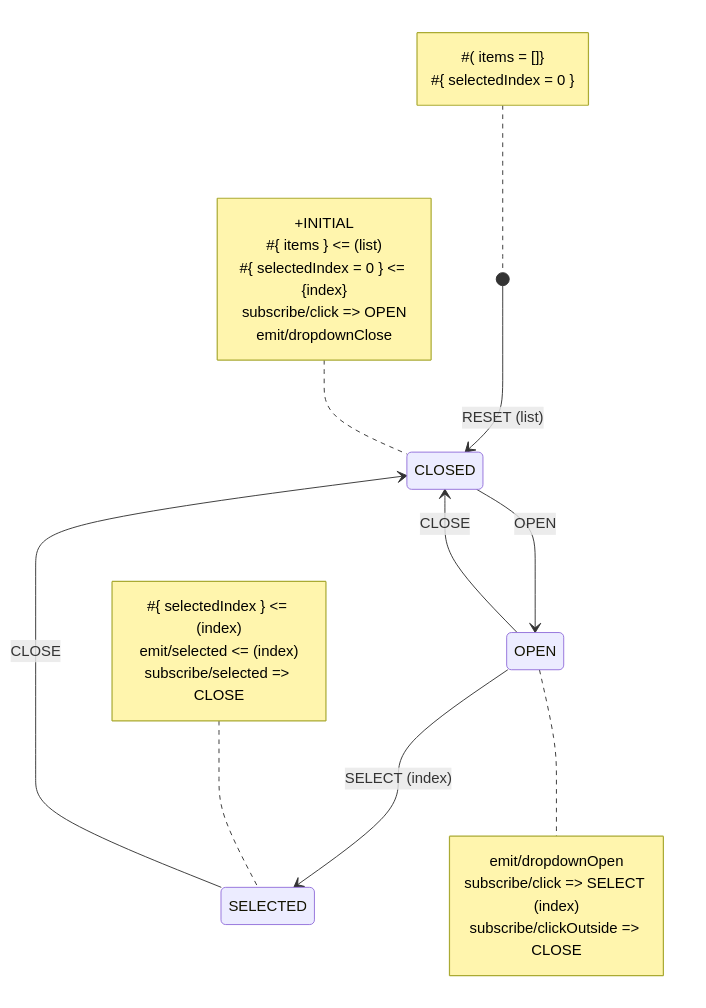
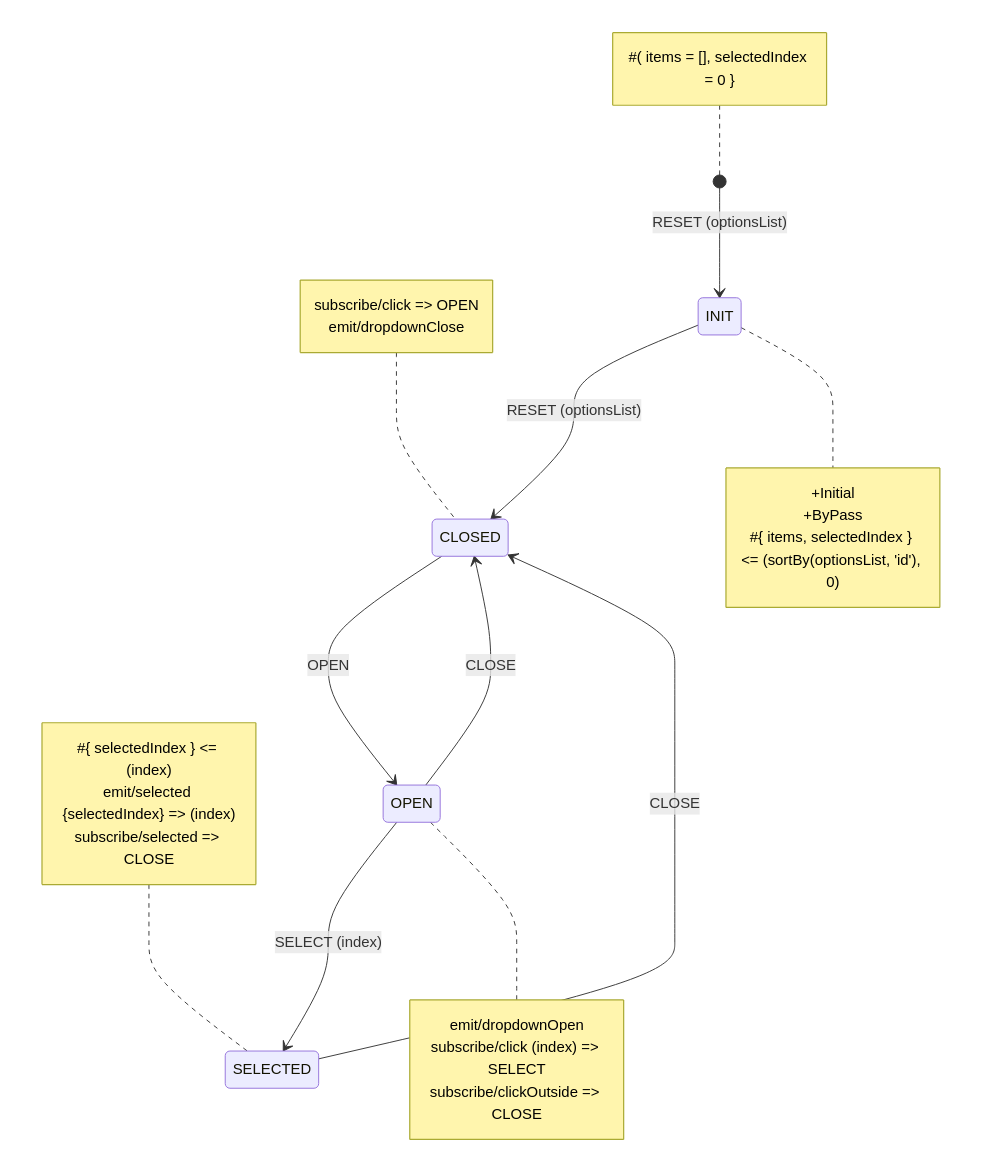
Before and after one commit to tfcp68/yantrix: the diagram in README.md, drawn with Mermaid. The commit also changed other lines of this file and 5 other files, not shown here.

````diff
--- a/README.md
+++ b/README.md
@@ -347,29 +29,31 @@
 ```mermaid
 stateDiagram-v2
-	[*] --> CLOSED: RESET (list)
-note left of [*]
-#( items = []}
-#{ selectedIndex = 0 }
-end note
-CLOSED --> OPEN: OPEN
-OPEN --> CLOSED: CLOSE
-OPEN --> SELECTED: SELECT (index)
-SELECTED --> CLOSED: CLOSE
-note left of CLOSED
-+INITIAL
-#{ items } <= (list)
-#{ selectedIndex = 0 } <= {index}
-subscribe/click => OPEN
-emit/dropdownClose
-end note
-note left of SELECTED
-#{ selectedIndex } <= (index)
-emit/selected <= (index)
-subscribe/selected => CLOSE
-end note
-note right of OPEN
-emit/dropdownOpen
-subscribe/click => SELECT (index)
-subscribe/clickOutside => CLOSE
-end note
+	[*] --> INIT: RESET (optionsList)
+    note left of [*]
+    #( items = [], selectedIndex = 0 }
+    end note
+    INIT-->CLOSED: RESET (optionsList)
+    CLOSED --> OPEN: OPEN
+    OPEN --> CLOSED: CLOSE
+    OPEN --> SELECTED: SELECT (index)
+    SELECTED --> CLOSED: CLOSE
+    note right of INIT
+    +Initial
+    +ByPass
+    #{ items, selectedIndex } <= (sortBy(optionsList, 'id'), 0)
+    end note
+    note left of CLOSED
+    subscribe/click => OPEN
+    emit/dropdownClose
+    end note
+    note left of SELECTED
+    #{ selectedIndex } <= (index)
+    emit/selected {selectedIndex} => (index)
+    subscribe/selected => CLOSE
+    end note
+    note right of OPEN
+    emit/dropdownOpen
+    subscribe/click (index) => SELECT
+    subscribe/clickOutside => CLOSE
+    end note
 ```
````
